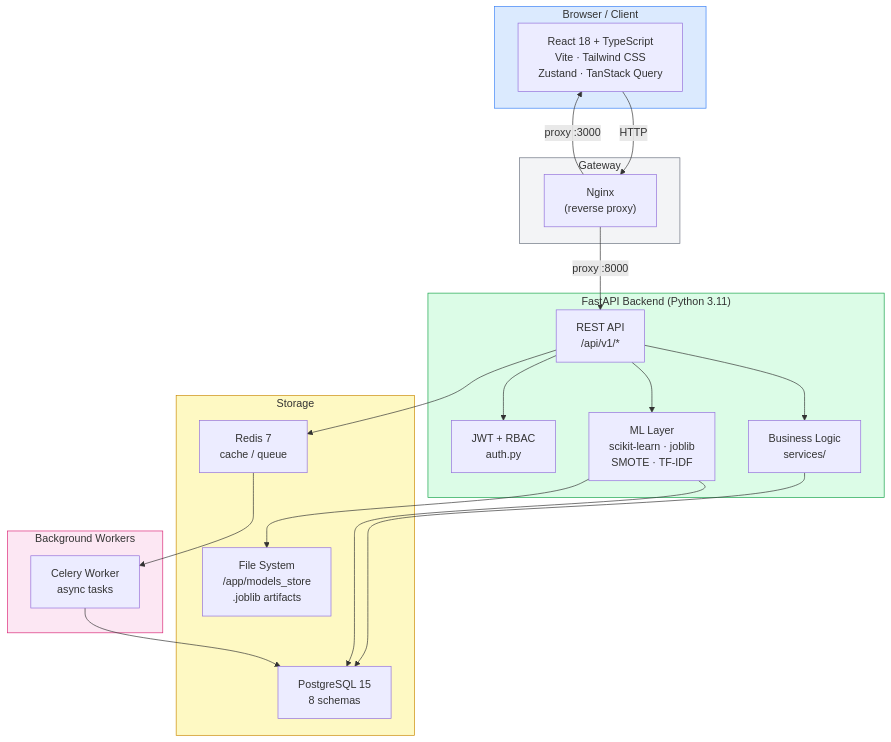
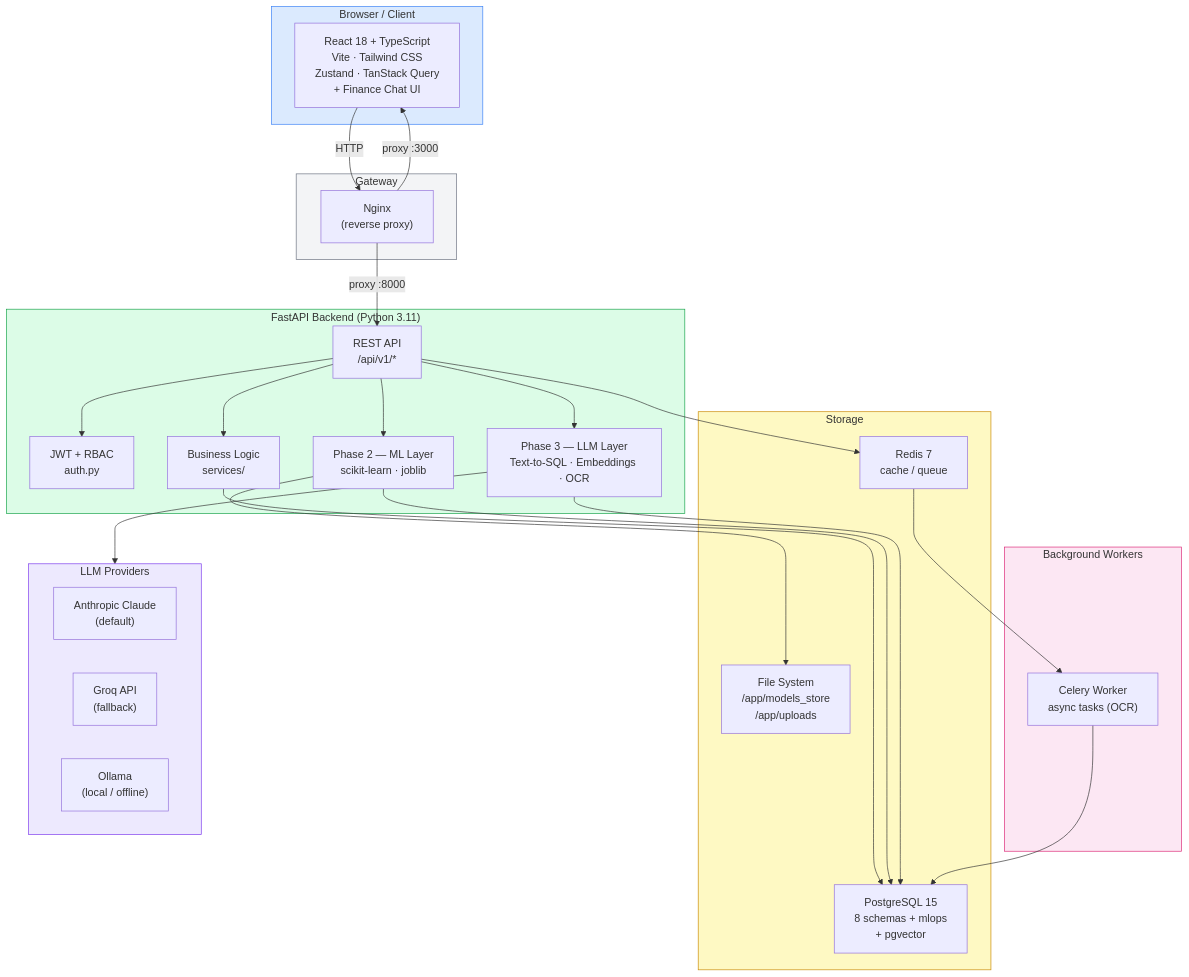
The first of 2 diagrams in README.md (deepakkumarsray2026-dev/mini-erp), drawn with Mermaid before and after one commit. The commit also changed other lines of this file and 25 other files, not shown here.

First line of the commit message:
feat(phase3): RAG+LLM — Finance Chat, duplicate invoice detection, OCR pipeline

````diff
--- a/README.md
+++ b/README.md
@@ -42,46 +42,57 @@
 ```mermaid
 graph TB
     subgraph Client["Browser / Client"]
-        FE["React 18 + TypeScript\nVite · Tailwind CSS\nZustand · TanStack Query"]
+        FE["React 18 + TypeScript\nVite · Tailwind CSS\nZustand · TanStack Query\n+ Finance Chat UI"]
     end
 
     subgraph Gateway["Gateway"]
         NG["Nginx\n(reverse proxy)"]
     end
 
     subgraph Backend["FastAPI Backend (Python 3.11)"]
         API["REST API\n/api/v1/*"]
         AUTH["JWT + RBAC\nauth.py"]
         SVC["Business Logic\nservices/"]
-        ML["ML Layer\nscikit-learn · joblib\nSMOTE · TF-IDF"]
+        ML["Phase 2 — ML Layer\nscikit-learn · joblib"]
+        LLM["Phase 3 — LLM Layer\nText-to-SQL · Embeddings · OCR"]
     end
 
     subgraph Storage["Storage"]
-        PG["PostgreSQL 15\n8 schemas"]
+        PG["PostgreSQL 15\n8 schemas + mlops\n+ pgvector"]
         RD["Redis 7\ncache / queue"]
-        FS["File System\n/app/models_store\n.joblib artifacts"]
+        FS["File System\n/app/models_store\n/app/uploads"]
     end
 
     subgraph Workers["Background Workers"]
-        CW["Celery Worker\nasync tasks"]
+        CW["Celery Worker\nasync tasks (OCR)"]
+    end
+
+    subgraph LLM_API["LLM Providers"]
+        ANT["Anthropic Claude\n(default)"]
+        GROQ["Groq API\n(fallback)"]
+        OLL["Ollama\n(local / offline)"]
     end
 
     FE -->|HTTP| NG
     NG -->|proxy :8000| API
     NG -->|proxy :3000| FE
     API --> AUTH
     API --> SVC
     API --> ML
+    API --> LLM
     SVC --> PG
     ML --> PG
     ML --> FS
+    LLM --> PG
+    LLM --> LLM_API
     API --> RD
     RD --> CW
     CW --> PG
 
     style Client fill:#dbeafe,stroke:#3b82f6
     style Backend fill:#dcfce7,stroke:#16a34a
     style Storage fill:#fef9c3,stroke:#ca8a04
     style Workers fill:#fce7f3,stroke:#db2777
     style Gateway fill:#f3f4f6,stroke:#6b7280
+    style LLM_API fill:#ede9fe,stroke:#7c3aed
 ```
````
